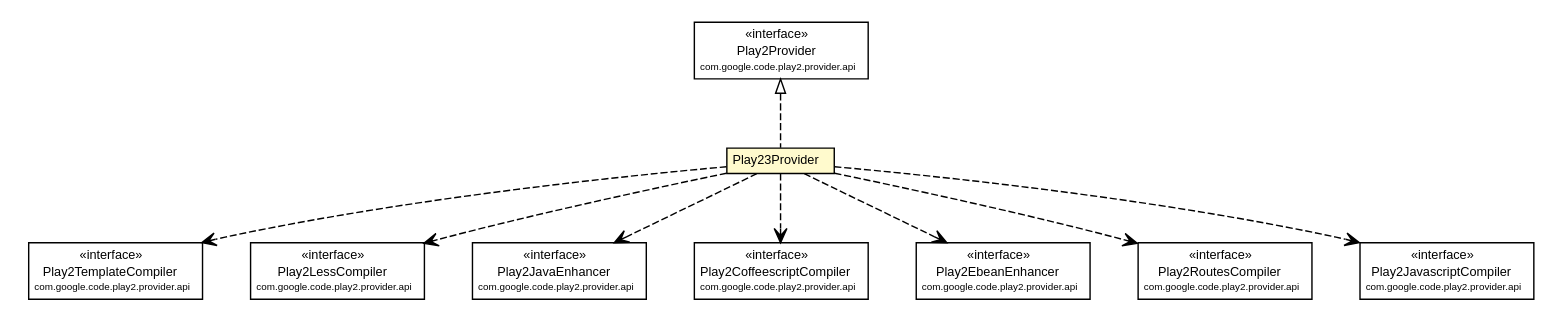
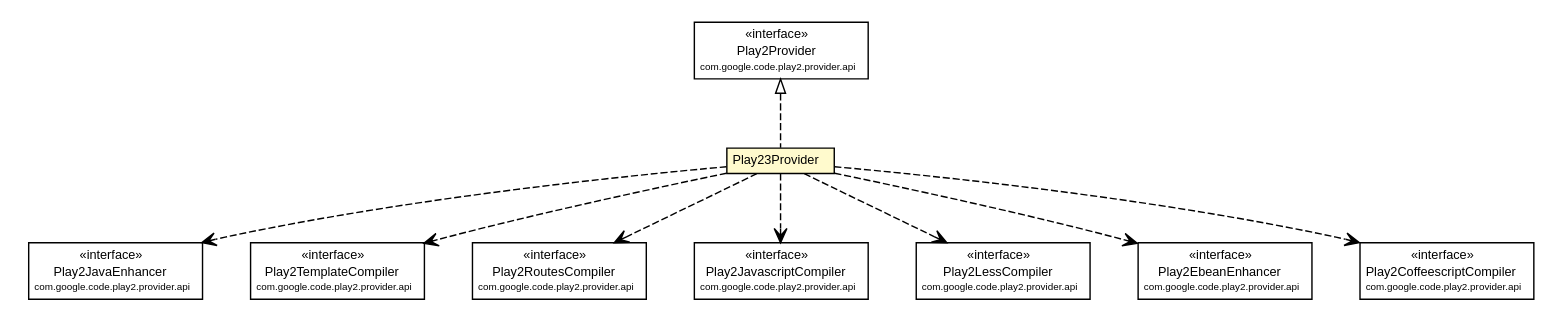
The diagram in mavensite/1.0.0-beta1-SNAPSHOT/play2-providers/play2-provider-play23/apidocs/com/google/code/play2/provider/play23/Play23Provider.dot (wouterhardeman/play2-maven-plugin), drawn with Graphviz before and after one commit. The commit also changed 139 other files, not shown here.

Commit message:
Public site for version "1.0.0-beta1-SNAPSHOT" updated.

```diff
--- a/mavensite/1.0.0-beta1-SNAPSHOT/play2-providers/play2-provider-play23/apidocs/com/google/code/play2/provider/play23/Play23Provider.dot
+++ b/mavensite/1.0.0-beta1-SNAPSHOT/play2-providers/play2-provider-play23/apidocs/com/google/code/play2/provider/play23/Play23Provider.dot
@@ -17,22 +17,22 @@
 		</table>>, URL="./Play23Provider.html", fontname="arial", fontcolor="black", fontsize=9.0];
 	//com.google.code.play2.provider.play23.Play23Provider implements com.google.code.play2.provider.api.Play2Provider
 	c186:p -> c177:p [dir=back,arrowtail=empty,style=dashed];
+	// com.google.code.play2.provider.play23.Play23Provider DEPEND com.google.code.play2.provider.api.Play2JavaEnhancer
+	c177:p -> c187:p [taillabel="", label="", headlabel="", fontname="arial", fontcolor="black", fontsize=10.0, color="black", arrowhead=open, style=dashed];
 	// com.google.code.play2.provider.play23.Play23Provider DEPEND com.google.code.play2.provider.api.Play2TemplateCompiler
-	c177:p -> c187:p [taillabel="", label="", headlabel="", fontname="arial", fontcolor="black", fontsize=10.0, color="black", arrowhead=open, style=dashed];
+	c177:p -> c188:p [taillabel="", label="", headlabel="", fontname="arial", fontcolor="black", fontsize=10.0, color="black", arrowhead=open, style=dashed];
+	// com.google.code.play2.provider.play23.Play23Provider DEPEND com.google.code.play2.provider.api.Play2RoutesCompiler
+	c177:p -> c189:p [taillabel="", label="", headlabel="", fontname="arial", fontcolor="black", fontsize=10.0, color="black", arrowhead=open, style=dashed];
+	// com.google.code.play2.provider.play23.Play23Provider DEPEND com.google.code.play2.provider.api.Play2JavascriptCompiler
+	c177:p -> c190:p [taillabel="", label="", headlabel="", fontname="arial", fontcolor="black", fontsize=10.0, color="black", arrowhead=open, style=dashed];
 	// com.google.code.play2.provider.play23.Play23Provider DEPEND com.google.code.play2.provider.api.Play2LessCompiler
-	c177:p -> c188:p [taillabel="", label="", headlabel="", fontname="arial", fontcolor="black", fontsize=10.0, color="black", arrowhead=open, style=dashed];
-	// com.google.code.play2.provider.play23.Play23Provider DEPEND com.google.code.play2.provider.api.Play2JavaEnhancer
-	c177:p -> c189:p [taillabel="", label="", headlabel="", fontname="arial", fontcolor="black", fontsize=10.0, color="black", arrowhead=open, style=dashed];
+	c177:p -> c191:p [taillabel="", label="", headlabel="", fontname="arial", fontcolor="black", fontsize=10.0, color="black", arrowhead=open, style=dashed];
+	// com.google.code.play2.provider.play23.Play23Provider DEPEND com.google.code.play2.provider.api.Play2EbeanEnhancer
+	c177:p -> c192:p [taillabel="", label="", headlabel="", fontname="arial", fontcolor="black", fontsize=10.0, color="black", arrowhead=open, style=dashed];
 	// com.google.code.play2.provider.play23.Play23Provider DEPEND com.google.code.play2.provider.api.Play2CoffeescriptCompiler
-	c177:p -> c190:p [taillabel="", label="", headlabel="", fontname="arial", fontcolor="black", fontsize=10.0, color="black", arrowhead=open, style=dashed];
-	// com.google.code.play2.provider.play23.Play23Provider DEPEND com.google.code.play2.provider.api.Play2EbeanEnhancer
-	c177:p -> c191:p [taillabel="", label="", headlabel="", fontname="arial", fontcolor="black", fontsize=10.0, color="black", arrowhead=open, style=dashed];
-	// com.google.code.play2.provider.play23.Play23Provider DEPEND com.google.code.play2.provider.api.Play2RoutesCompiler
-	c177:p -> c192:p [taillabel="", label="", headlabel="", fontname="arial", fontcolor="black", fontsize=10.0, color="black", arrowhead=open, style=dashed];
-	// com.google.code.play2.provider.play23.Play23Provider DEPEND com.google.code.play2.provider.api.Play2JavascriptCompiler
 	c177:p -> c193:p [taillabel="", label="", headlabel="", fontname="arial", fontcolor="black", fontsize=10.0, color="black", arrowhead=open, style=dashed];
 	// com.google.code.play2.provider.api.Play2LessCompiler
-	c188 [label=<<table title="com.google.code.play2.provider.api.Play2LessCompiler" border="0" cellborder="1" cellspacing="0" cellpadding="2" port="p" href="https://play2-maven-plugin.googlecode.com/svn/mavensite/1.0.0-beta1-SNAPSHOT/play2-provider-api/apidocs/com/google/code/play2/provider/api/Play2LessCompiler.html">
+	c191 [label=<<table title="com.google.code.play2.provider.api.Play2LessCompiler" border="0" cellborder="1" cellspacing="0" cellpadding="2" port="p" href="https://play2-maven-plugin.googlecode.com/svn/mavensite/1.0.0-beta1-SNAPSHOT/play2-provider-api/apidocs/com/google/code/play2/provider/api/Play2LessCompiler.html">
 		<tr><td><table border="0" cellspacing="0" cellpadding="1">
 <tr><td align="center" balign="center"> &#171;interface&#187; </td></tr>
 <tr><td align="center" balign="center"> Play2LessCompiler </td></tr>
@@ -40,7 +40,7 @@
 		</table></td></tr>
 		</table>>, URL="https://play2-maven-plugin.googlecode.com/svn/mavensite/1.0.0-beta1-SNAPSHOT/play2-provider-api/apidocs/com/google/code/play2/provider/api/Play2LessCompiler.html", fontname="arial", fontcolor="black", fontsize=9.0];
 	// com.google.code.play2.provider.api.Play2EbeanEnhancer
-	c191 [label=<<table title="com.google.code.play2.provider.api.Play2EbeanEnhancer" border="0" cellborder="1" cellspacing="0" cellpadding="2" port="p" href="https://play2-maven-plugin.googlecode.com/svn/mavensite/1.0.0-beta1-SNAPSHOT/play2-provider-api/apidocs/com/google/code/play2/provider/api/Play2EbeanEnhancer.html">
+	c192 [label=<<table title="com.google.code.play2.provider.api.Play2EbeanEnhancer" border="0" cellborder="1" cellspacing="0" cellpadding="2" port="p" href="https://play2-maven-plugin.googlecode.com/svn/mavensite/1.0.0-beta1-SNAPSHOT/play2-provider-api/apidocs/com/google/code/play2/provider/api/Play2EbeanEnhancer.html">
 		<tr><td><table border="0" cellspacing="0" cellpadding="1">
 <tr><td align="center" balign="center"> &#171;interface&#187; </td></tr>
 <tr><td align="center" balign="center"> Play2EbeanEnhancer </td></tr>
@@ -48,7 +48,7 @@
 		</table></td></tr>
 		</table>>, URL="https://play2-maven-plugin.googlecode.com/svn/mavensite/1.0.0-beta1-SNAPSHOT/play2-provider-api/apidocs/com/google/code/play2/provider/api/Play2EbeanEnhancer.html", fontname="arial", fontcolor="black", fontsize=9.0];
 	// com.google.code.play2.provider.api.Play2CoffeescriptCompiler
-	c190 [label=<<table title="com.google.code.play2.provider.api.Play2CoffeescriptCompiler" border="0" cellborder="1" cellspacing="0" cellpadding="2" port="p" href="https://play2-maven-plugin.googlecode.com/svn/mavensite/1.0.0-beta1-SNAPSHOT/play2-provider-api/apidocs/com/google/code/play2/provider/api/Play2CoffeescriptCompiler.html">
+	c193 [label=<<table title="com.google.code.play2.provider.api.Play2CoffeescriptCompiler" border="0" cellborder="1" cellspacing="0" cellpadding="2" port="p" href="https://play2-maven-plugin.googlecode.com/svn/mavensite/1.0.0-beta1-SNAPSHOT/play2-provider-api/apidocs/com/google/code/play2/provider/api/Play2CoffeescriptCompiler.html">
 		<tr><td><table border="0" cellspacing="0" cellpadding="1">
 <tr><td align="center" balign="center"> &#171;interface&#187; </td></tr>
 <tr><td align="center" balign="center"> Play2CoffeescriptCompiler </td></tr>
@@ -56,7 +56,7 @@
 		</table></td></tr>
 		</table>>, URL="https://play2-maven-plugin.googlecode.com/svn/mavensite/1.0.0-beta1-SNAPSHOT/play2-provider-api/apidocs/com/google/code/play2/provider/api/Play2CoffeescriptCompiler.html", fontname="arial", fontcolor="black", fontsize=9.0];
 	// com.google.code.play2.provider.api.Play2JavaEnhancer
-	c189 [label=<<table title="com.google.code.play2.provider.api.Play2JavaEnhancer" border="0" cellborder="1" cellspacing="0" cellpadding="2" port="p" href="https://play2-maven-plugin.googlecode.com/svn/mavensite/1.0.0-beta1-SNAPSHOT/play2-provider-api/apidocs/com/google/code/play2/provider/api/Play2JavaEnhancer.html">
+	c187 [label=<<table title="com.google.code.play2.provider.api.Play2JavaEnhancer" border="0" cellborder="1" cellspacing="0" cellpadding="2" port="p" href="https://play2-maven-plugin.googlecode.com/svn/mavensite/1.0.0-beta1-SNAPSHOT/play2-provider-api/apidocs/com/google/code/play2/provider/api/Play2JavaEnhancer.html">
 		<tr><td><table border="0" cellspacing="0" cellpadding="1">
 <tr><td align="center" balign="center"> &#171;interface&#187; </td></tr>
 <tr><td align="center" balign="center"> Play2JavaEnhancer </td></tr>
@@ -64,7 +64,7 @@
 		</table></td></tr>
 		</table>>, URL="https://play2-maven-plugin.googlecode.com/svn/mavensite/1.0.0-beta1-SNAPSHOT/play2-provider-api/apidocs/com/google/code/play2/provider/api/Play2JavaEnhancer.html", fontname="arial", fontcolor="black", fontsize=9.0];
 	// com.google.code.play2.provider.api.Play2RoutesCompiler
-	c192 [label=<<table title="com.google.code.play2.provider.api.Play2RoutesCompiler" border="0" cellborder="1" cellspacing="0" cellpadding="2" port="p" href="https://play2-maven-plugin.googlecode.com/svn/mavensite/1.0.0-beta1-SNAPSHOT/play2-provider-api/apidocs/com/google/code/play2/provider/api/Play2RoutesCompiler.html">
+	c189 [label=<<table title="com.google.code.play2.provider.api.Play2RoutesCompiler" border="0" cellborder="1" cellspacing="0" cellpadding="2" port="p" href="https://play2-maven-plugin.googlecode.com/svn/mavensite/1.0.0-beta1-SNAPSHOT/play2-provider-api/apidocs/com/google/code/play2/provider/api/Play2RoutesCompiler.html">
 		<tr><td><table border="0" cellspacing="0" cellpadding="1">
 <tr><td align="center" balign="center"> &#171;interface&#187; </td></tr>
 <tr><td align="center" balign="center"> Play2RoutesCompiler </td></tr>
@@ -72,7 +72,7 @@
 		</table></td></tr>
 		</table>>, URL="https://play2-maven-plugin.googlecode.com/svn/mavensite/1.0.0-beta1-SNAPSHOT/play2-provider-api/apidocs/com/google/code/play2/provider/api/Play2RoutesCompiler.html", fontname="arial", fontcolor="black", fontsize=9.0];
 	// com.google.code.play2.provider.api.Play2JavascriptCompiler
-	c193 [label=<<table title="com.google.code.play2.provider.api.Play2JavascriptCompiler" border="0" cellborder="1" cellspacing="0" cellpadding="2" port="p" href="https://play2-maven-plugin.googlecode.com/svn/mavensite/1.0.0-beta1-SNAPSHOT/play2-provider-api/apidocs/com/google/code/play2/provider/api/Play2JavascriptCompiler.html">
+	c190 [label=<<table title="com.google.code.play2.provider.api.Play2JavascriptCompiler" border="0" cellborder="1" cellspacing="0" cellpadding="2" port="p" href="https://play2-maven-plugin.googlecode.com/svn/mavensite/1.0.0-beta1-SNAPSHOT/play2-provider-api/apidocs/com/google/code/play2/provider/api/Play2JavascriptCompiler.html">
 		<tr><td><table border="0" cellspacing="0" cellpadding="1">
 <tr><td align="center" balign="center"> &#171;interface&#187; </td></tr>
 <tr><td align="center" balign="center"> Play2JavascriptCompiler </td></tr>
@@ -88,7 +88,7 @@
 		</table></td></tr>
 		</table>>, URL="https://play2-maven-plugin.googlecode.com/svn/mavensite/1.0.0-beta1-SNAPSHOT/play2-provider-api/apidocs/com/google/code/play2/provider/api/Play2Provider.html", fontname="arial", fontcolor="black", fontsize=9.0];
 	// com.google.code.play2.provider.api.Play2TemplateCompiler
-	c187 [label=<<table title="com.google.code.play2.provider.api.Play2TemplateCompiler" border="0" cellborder="1" cellspacing="0" cellpadding="2" port="p" href="https://play2-maven-plugin.googlecode.com/svn/mavensite/1.0.0-beta1-SNAPSHOT/play2-provider-api/apidocs/com/google/code/play2/provider/api/Play2TemplateCompiler.html">
+	c188 [label=<<table title="com.google.code.play2.provider.api.Play2TemplateCompiler" border="0" cellborder="1" cellspacing="0" cellpadding="2" port="p" href="https://play2-maven-plugin.googlecode.com/svn/mavensite/1.0.0-beta1-SNAPSHOT/play2-provider-api/apidocs/com/google/code/play2/provider/api/Play2TemplateCompiler.html">
 		<tr><td><table border="0" cellspacing="0" cellpadding="1">
 <tr><td align="center" balign="center"> &#171;interface&#187; </td></tr>
 <tr><td align="center" balign="center"> Play2TemplateCompiler </td></tr>
```
